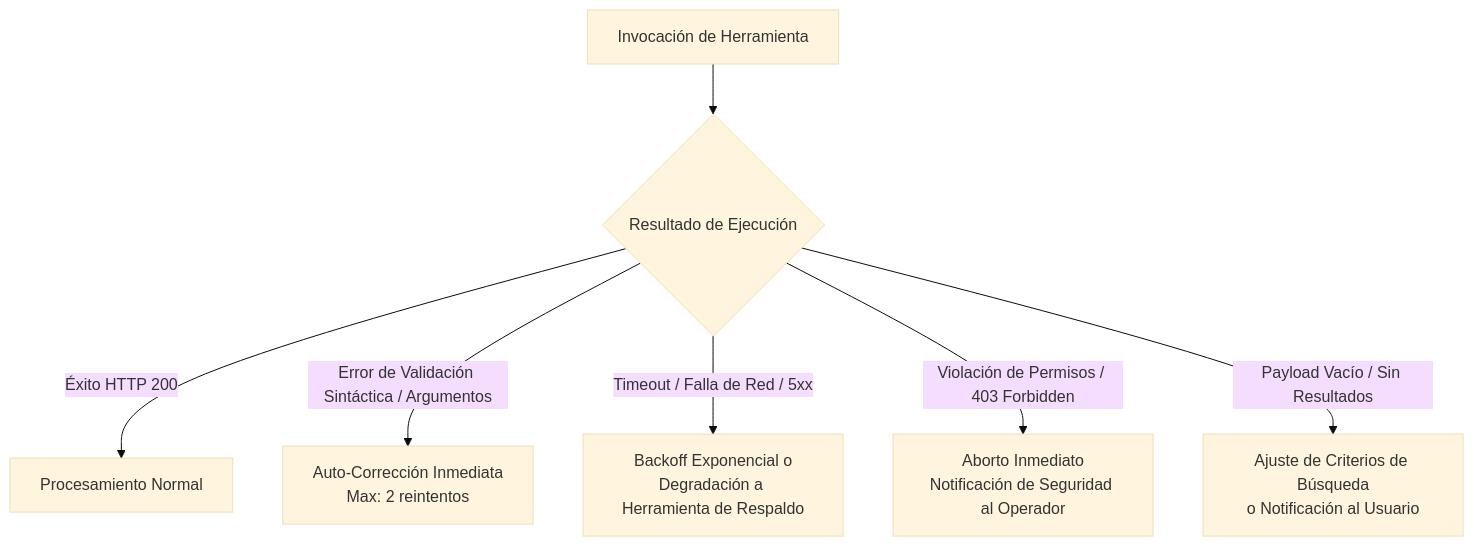
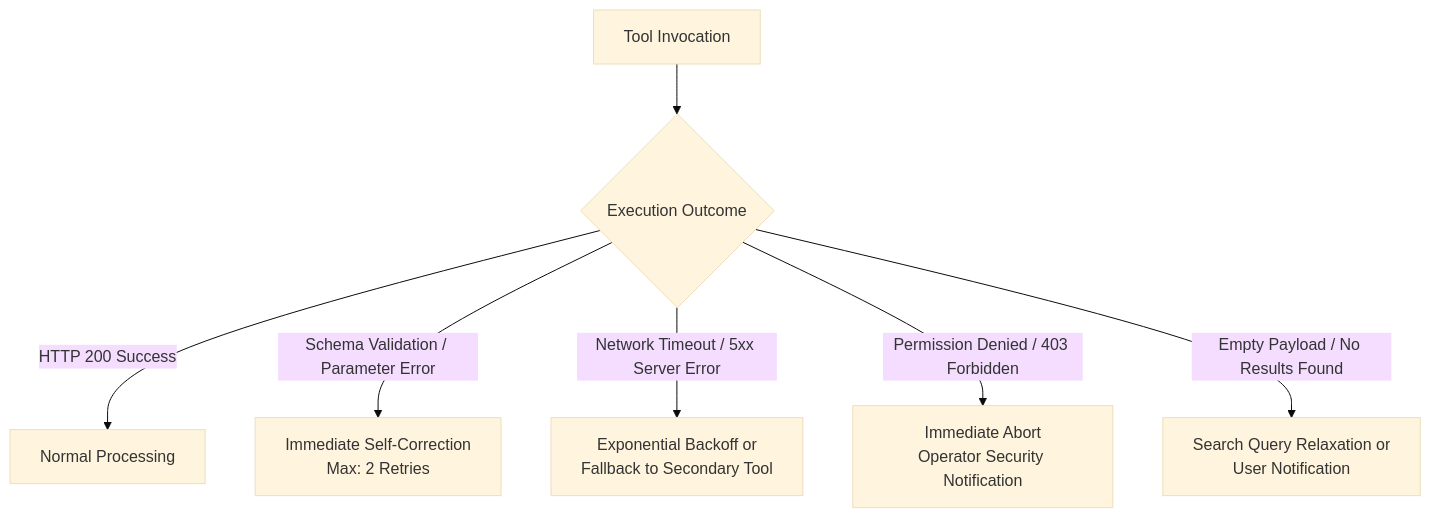
Before and after one commit to IgnacioN99/autonomous-trading-desk: the second of 3 diagrams in docs/agent_prompt_engineering_guide.md, drawn with Mermaid (base theme). The commit also changed other lines of this file and 35 other files, not shown here.

````diff
--- a/docs/agent_prompt_engineering_guide.md
+++ b/docs/agent_prompt_engineering_guide.md
@@ -581,9 +564,9 @@
 ```mermaid
 graph TD
-    A[Invocación de Herramienta] --> B{Resultado de Ejecución}
-    B -->|Éxito HTTP 200| C[Procesamiento Normal]
-    B -->|Error de Validación Sintáctica / Argumentos| D[Auto-Corrección Inmediata<br/>Max: 2 reintentos]
-    B -->|Timeout / Falla de Red / 5xx| E[Backoff Exponencial o<br/>Degradación a Herramienta de Respaldo]
-    B -->|Violación de Permisos / 403 Forbidden| F[Aborto Inmediato<br/>Notificación de Seguridad al Operador]
-    B -->|Payload Vacío / Sin Resultados| G[Ajuste de Criterios de Búsqueda<br/>o Notificación al Usuario]
+    A[Tool Invocation] --> B{Execution Outcome}
+    B -->|HTTP 200 Success| C[Normal Processing]
+    B -->|Schema Validation / Parameter Error| D[Immediate Self-Correction<br/>Max: 2 Retries]
+    B -->|Network Timeout / 5xx Server Error| E[Exponential Backoff or<br/>Fallback to Secondary Tool]
+    B -->|Permission Denied / 403 Forbidden| F[Immediate Abort<br/>Operator Security Notification]
+    B -->|Empty Payload / No Results Found| G[Search Query Relaxation or<br/>User Notification]
 ```
````
